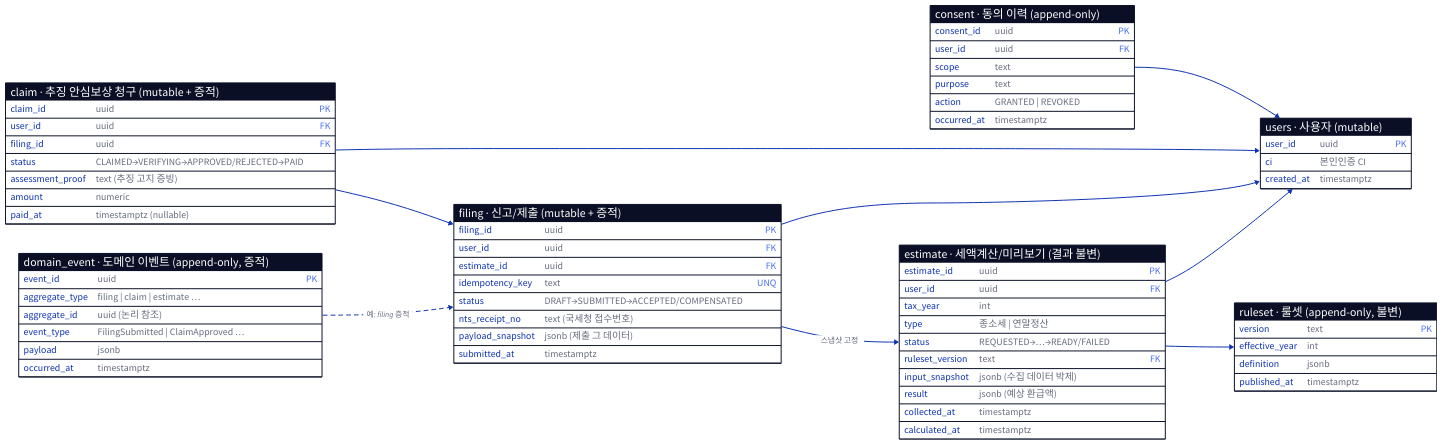
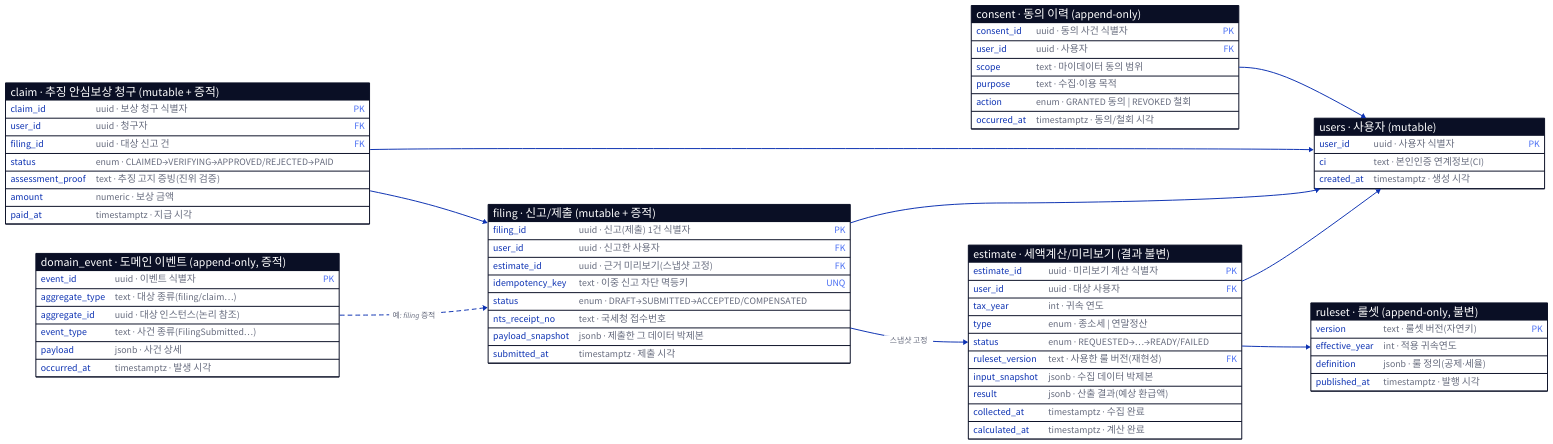
Before and after one commit to Hyune-s-lab/my-ai-study: the diagram in system-design/assets/종소세-도메인-ERD.d2, drawn with D2. The commit also changed 1 other file, not shown here.

Commit message:
docs: ERD 컬럼마다 한글 설명 추가(타입 · 설명 병기)

```diff
--- a/system-design/assets/종소세-도메인-ERD.d2
+++ b/system-design/assets/종소세-도메인-ERD.d2
@@ -1,77 +1,77 @@
 direction: right
 vars: { d2-config: { pad: 30 } }
 
 users: "users · 사용자 (mutable)" {
   shape: sql_table
-  user_id: uuid { constraint: primary_key }
-  ci: "본인인증 CI"
-  created_at: timestamptz
+  user_id: "uuid · 사용자 식별자" { constraint: primary_key }
+  ci: "text · 본인인증 연계정보(CI)"
+  created_at: "timestamptz · 생성 시각"
 }
 consent: "consent · 동의 이력 (append-only)" {
   shape: sql_table
-  consent_id: uuid { constraint: primary_key }
-  user_id: uuid { constraint: foreign_key }
-  scope: text
-  purpose: text
-  action: "GRANTED | REVOKED"
-  occurred_at: timestamptz
+  consent_id: "uuid · 동의 사건 식별자" { constraint: primary_key }
+  user_id: "uuid · 사용자" { constraint: foreign_key }
+  scope: "text · 마이데이터 동의 범위"
+  purpose: "text · 수집·이용 목적"
+  action: "enum · GRANTED 동의 | REVOKED 철회"
+  occurred_at: "timestamptz · 동의/철회 시각"
 }
 ruleset: "ruleset · 룰셋 (append-only, 불변)" {
   shape: sql_table
-  version: text { constraint: primary_key }
-  effective_year: int
-  definition: jsonb
-  published_at: timestamptz
+  version: "text · 룰셋 버전(자연키)" { constraint: primary_key }
+  effective_year: "int · 적용 귀속연도"
+  definition: "jsonb · 룰 정의(공제·세율)"
+  published_at: "timestamptz · 발행 시각"
 }
 estimate: "estimate · 세액계산/미리보기 (결과 불변)" {
   shape: sql_table
-  estimate_id: uuid { constraint: primary_key }
-  user_id: uuid { constraint: foreign_key }
-  tax_year: int
-  type: "종소세 | 연말정산"
-  status: "REQUESTED→…→READY/FAILED"
-  ruleset_version: text { constraint: foreign_key }
-  input_snapshot: "jsonb (수집 데이터 박제)"
-  result: "jsonb (예상 환급액)"
-  collected_at: timestamptz
-  calculated_at: timestamptz
+  estimate_id: "uuid · 미리보기 계산 식별자" { constraint: primary_key }
+  user_id: "uuid · 대상 사용자" { constraint: foreign_key }
+  tax_year: "int · 귀속 연도"
+  type: "enum · 종소세 | 연말정산"
+  status: "enum · REQUESTED→…→READY/FAILED"
+  ruleset_version: "text · 사용한 룰 버전(재현성)" { constraint: foreign_key }
+  input_snapshot: "jsonb · 수집 데이터 박제본"
+  result: "jsonb · 산출 결과(예상 환급액)"
+  collected_at: "timestamptz · 수집 완료"
+  calculated_at: "timestamptz · 계산 완료"
 }
 filing: "filing · 신고/제출 (mutable + 증적)" {
   shape: sql_table
-  filing_id: uuid { constraint: primary_key }
-  user_id: uuid { constraint: foreign_key }
-  estimate_id: uuid { constraint: foreign_key }
-  idempotency_key: text { constraint: unique }
-  status: "DRAFT→SUBMITTED→ACCEPTED/COMPENSATED"
-  nts_receipt_no: "text (국세청 접수번호)"
-  payload_snapshot: "jsonb (제출 그 데이터)"
-  submitted_at: timestamptz
+  filing_id: "uuid · 신고(제출) 1건 식별자" { constraint: primary_key }
+  user_id: "uuid · 신고한 사용자" { constraint: foreign_key }
+  estimate_id: "uuid · 근거 미리보기(스냅샷 고정)" { constraint: foreign_key }
+  idempotency_key: "text · 이중 신고 차단 멱등키" { constraint: unique }
+  status: "enum · DRAFT→SUBMITTED→ACCEPTED/COMPENSATED"
+  nts_receipt_no: "text · 국세청 접수번호"
+  payload_snapshot: "jsonb · 제출한 그 데이터 박제본"
+  submitted_at: "timestamptz · 제출 시각"
 }
 claim: "claim · 추징 안심보상 청구 (mutable + 증적)" {
   shape: sql_table
-  claim_id: uuid { constraint: primary_key }
-  user_id: uuid { constraint: foreign_key }
-  filing_id: uuid { constraint: foreign_key }
-  status: "CLAIMED→VERIFYING→APPROVED/REJECTED→PAID"
-  assessment_proof: "text (추징 고지 증빙)"
-  amount: numeric
-  paid_at: "timestamptz (nullable)"
+  claim_id: "uuid · 보상 청구 식별자" { constraint: primary_key }
+  user_id: "uuid · 청구자" { constraint: foreign_key }
+  filing_id: "uuid · 대상 신고 건" { constraint: foreign_key }
+  status: "enum · CLAIMED→VERIFYING→APPROVED/REJECTED→PAID"
+  assessment_proof: "text · 추징 고지 증빙(진위 검증)"
+  amount: "numeric · 보상 금액"
+  paid_at: "timestamptz · 지급 시각"
 }
 event: "domain_event · 도메인 이벤트 (append-only, 증적)" {
   shape: sql_table
-  event_id: uuid { constraint: primary_key }
-  aggregate_type: "filing | claim | estimate …"
-  aggregate_id: "uuid (논리 참조)"
-  event_type: "FilingSubmitted | ClaimApproved …"
-  payload: jsonb
-  occurred_at: timestamptz
+  event_id: "uuid · 이벤트 식별자" { constraint: primary_key }
+  aggregate_type: "text · 대상 종류(filing/claim…)"
+  aggregate_id: "uuid · 대상 인스턴스(논리 참조)"
+  event_type: "text · 사건 종류(FilingSubmitted…)"
+  payload: "jsonb · 사건 상세"
+  occurred_at: "timestamptz · 발생 시각"
 }
 
 consent.user_id -> users.user_id
 estimate.user_id -> users.user_id
 estimate.ruleset_version -> ruleset.version
 filing.user_id -> users.user_id
 filing.estimate_id -> estimate.estimate_id: "스냅샷 고정"
 claim.user_id -> users.user_id
 claim.filing_id -> filing.filing_id
 event.aggregate_id -> filing.filing_id: "예: filing 증적" { style.stroke-dash: 4 }
```
